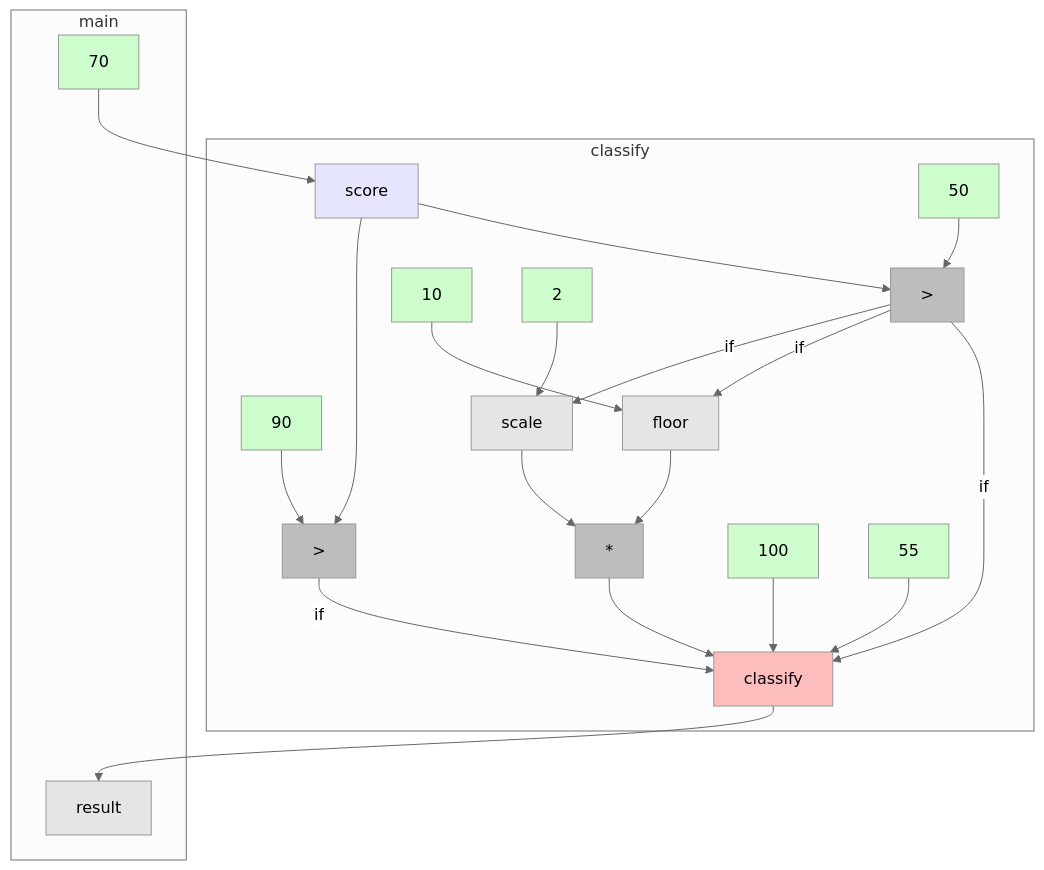
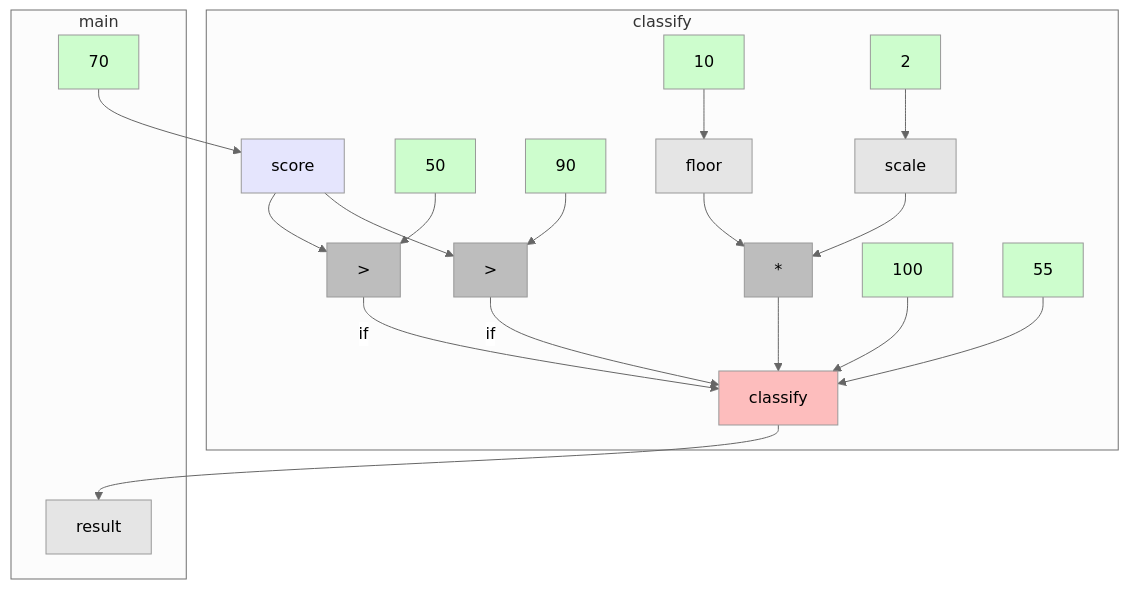
One commit to gstiebler/codeflow changed the diagram in app/src/test/resources/earlyReturn/spike-truth.md. Above: the diagram before and after it, drawn with Mermaid (neutral theme). The commit also changed 17 other files, not shown here.

````diff
--- a/app/src/test/resources/earlyReturn/spike-truth.md
+++ b/app/src/test/resources/earlyReturn/spike-truth.md
@@ -3,46 +3,44 @@
 ```mermaid
 flowchart TD
   subgraph m0["classify"]
     n0["*"]:::BIN_OP
     n1["#gt;"]:::BIN_OP
     n2["#gt;"]:::BIN_OP
     n3["score"]:::FUNC_PARAM
     n4["100"]:::LITERAL
     n5["10"]:::LITERAL
     n6["2"]:::LITERAL
     n7["50"]:::LITERAL
     n8["55"]:::LITERAL
     n9["90"]:::LITERAL
     n10["classify"]:::RETURN
     n11["floor"]:::VARIABLE
     n12["scale"]:::VARIABLE
   end
   subgraph m1["main"]
     n13["70"]:::LITERAL
     n14["result"]:::VARIABLE
   end
   n0 --> n10
   n1 -->|if| n10
-  n1 -->|if| n11
-  n1 -->|if| n12
   n10 --> n14
   n11 --> n0
   n12 --> n0
   n13 --> n3
   n2 -->|if| n10
   n3 --> n1
   n3 --> n2
   n4 --> n10
   n5 --> n11
   n6 --> n12
   n7 --> n1
   n8 --> n10
   n9 --> n2
   classDef LITERAL fill:#00FF0030
   classDef VARIABLE fill:#80808030
   classDef BIN_OP fill:#80808080
   classDef FUNC_PARAM fill:#8080FF30
   classDef RETURN fill:#FF808080
   classDef EXTERNAL fill:#FFA50040
   classDef UNMODELLED fill:#FF000030,stroke-dasharray: 4 2
 ```
````
